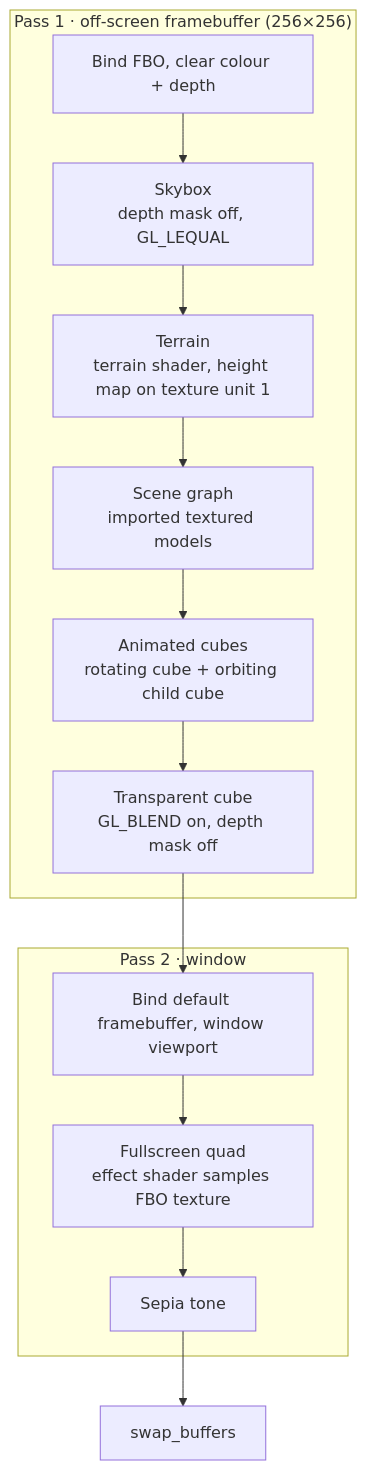
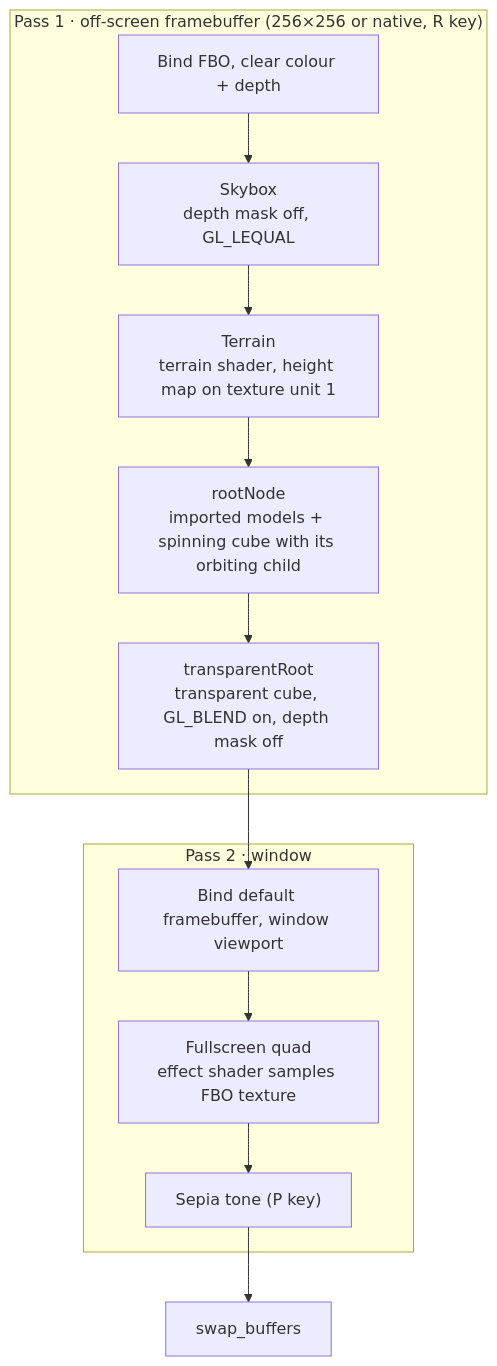
The second of 2 diagrams in docs/02-scene-render.md (miguelrg14/VS_3D-Renderer), drawn with Mermaid before and after one commit. The commit also changed other lines of this file and 2 other files, not shown here.

````diff
--- a/docs/02-scene-render.md
+++ b/docs/02-scene-render.md
@@ -102,16 +110,15 @@
 ```mermaid
 flowchart TD
-    subgraph P1["Pass 1 · off-screen framebuffer (256×256)"]
+    subgraph P1["Pass 1 · off-screen framebuffer (256×256 or native, R key)"]
         A[Bind FBO, clear colour + depth] --> B["Skybox<br/>depth mask off, GL_LEQUAL"]
         B --> C["Terrain<br/>terrain shader, height map on texture unit 1"]
-        C --> D["Scene graph<br/>imported textured models"]
-        D --> E["Animated cubes<br/>rotating cube + orbiting child cube"]
-        E --> F["Transparent cube<br/>GL_BLEND on, depth mask off"]
+        C --> D["rootNode<br/>imported models + spinning cube with its orbiting child"]
+        D --> F["transparentRoot<br/>transparent cube, GL_BLEND on, depth mask off"]
     end
     subgraph P2["Pass 2 · window"]
         G[Bind default framebuffer, window viewport] --> H["Fullscreen quad<br/>effect shader samples FBO texture"]
-        H --> I[Sepia tone]
+        H --> I["Sepia tone (P key)"]
     end
     F --> G
     I --> J[swap_buffers]
 ```
````
